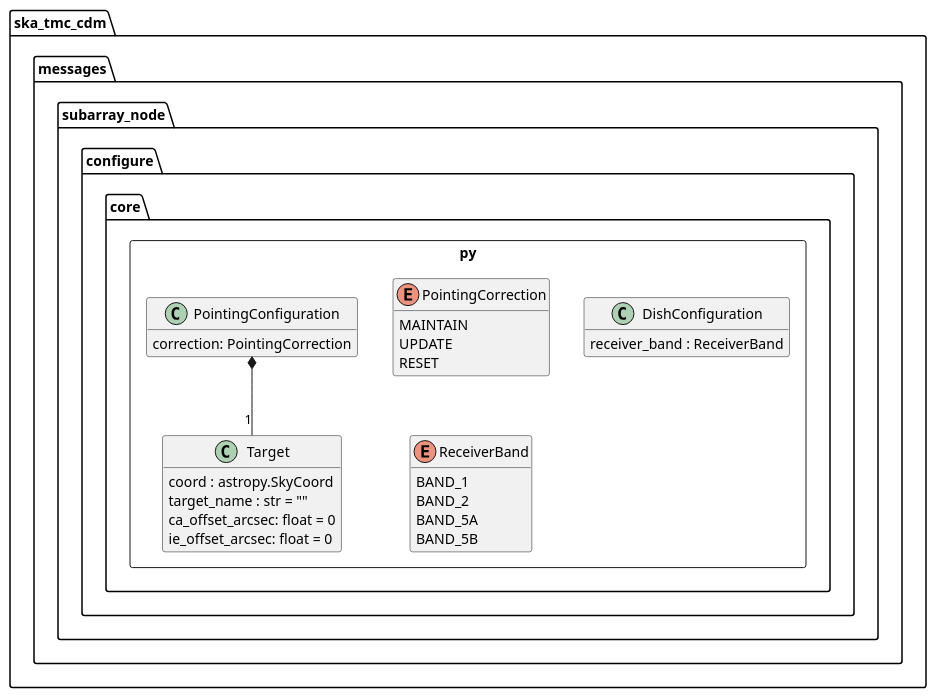
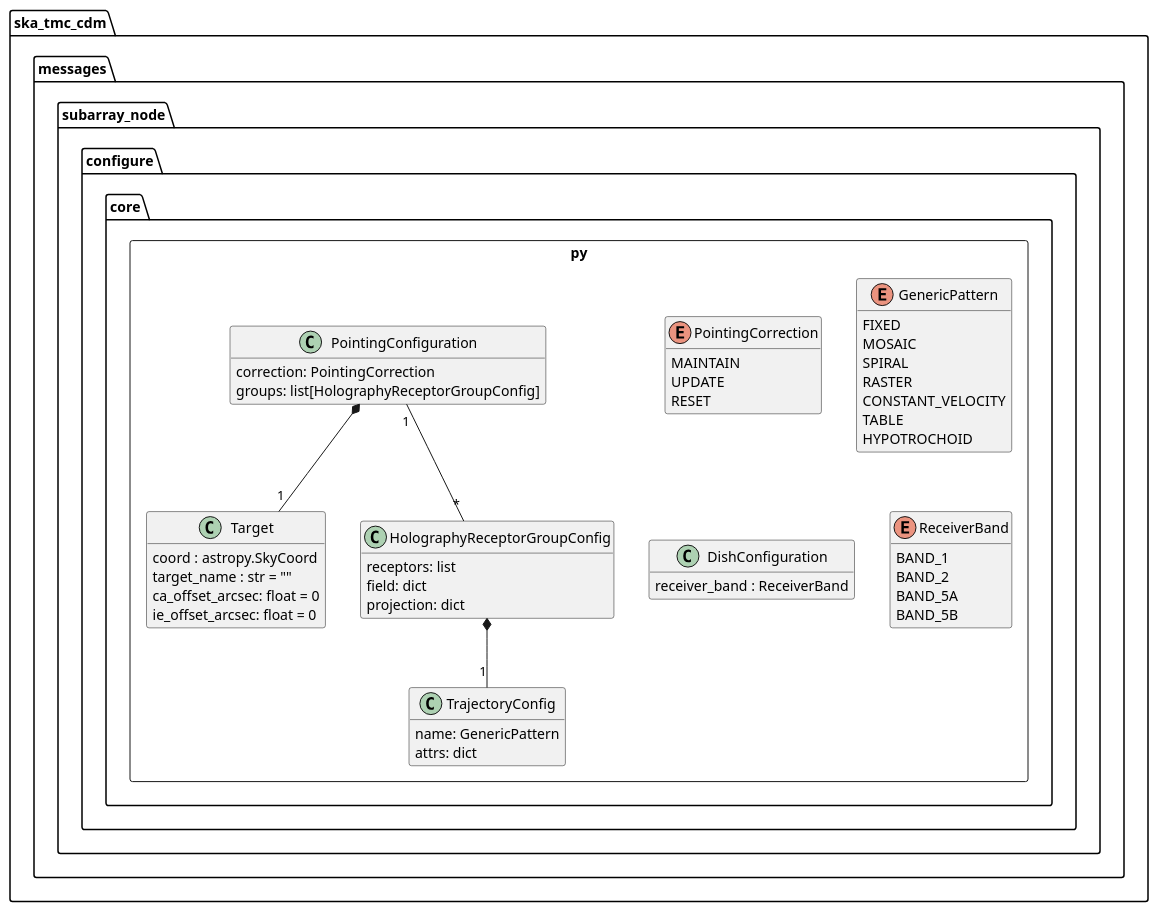
One commit to ska-telescope/cdm-shared-library changed the diagram in docs/src/developer/subarraynode/core.puml. Above: the diagram before and after it, drawn with PlantUML.

Commit message:
HM-530: puml updated

```diff
--- a/docs/src/developer/subarraynode/core.puml
+++ b/docs/src/developer/subarraynode/core.puml
@@ -1,42 +1,67 @@
 @startuml
 hide empty members
 
 package ska_tmc_cdm.messages.subarray_node.configure {
 
 	package core.py <<Rectangle>> {
 
 		class Target {
 			coord : astropy.SkyCoord
 			target_name : str = ""
 			ca_offset_arcsec: float = 0
 			ie_offset_arcsec: float = 0
 		}
 
 		enum PointingCorrection {
 			MAINTAIN
 			UPDATE
 			RESET
 		}
 
+		class HolographyReceptorGroupConfig {
+		    receptors: list
+		    field: dict
+		    projection: dict
+		}
+
+		enum GenericPattern {
+		    FIXED
+            MOSAIC
+            SPIRAL
+            RASTER
+            CONSTANT_VELOCITY
+            TABLE
+            HYPOTROCHOID
+		}
+
+		class TrajectoryConfig {
+		    name: GenericPattern
+		    attrs: dict
+		}
+
 		class PointingConfiguration {
 			correction: PointingCorrection
+			groups: list[HolographyReceptorGroupConfig]
 		}
 		
 		PointingConfiguration *-- "1" Target
+		PointingConfiguration "1"-- "*" HolographyReceptorGroupConfig
+
+		HolographyReceptorGroupConfig *-- "1" TrajectoryConfig
 
 		class DishConfiguration {
 			receiver_band : ReceiverBand
 		}
 
 		enum ReceiverBand {
 			BAND_1
 			BAND_2
 			BAND_5A
 			BAND_5B
 		}
 
 	}
 
 }
 
 @enduml
```
